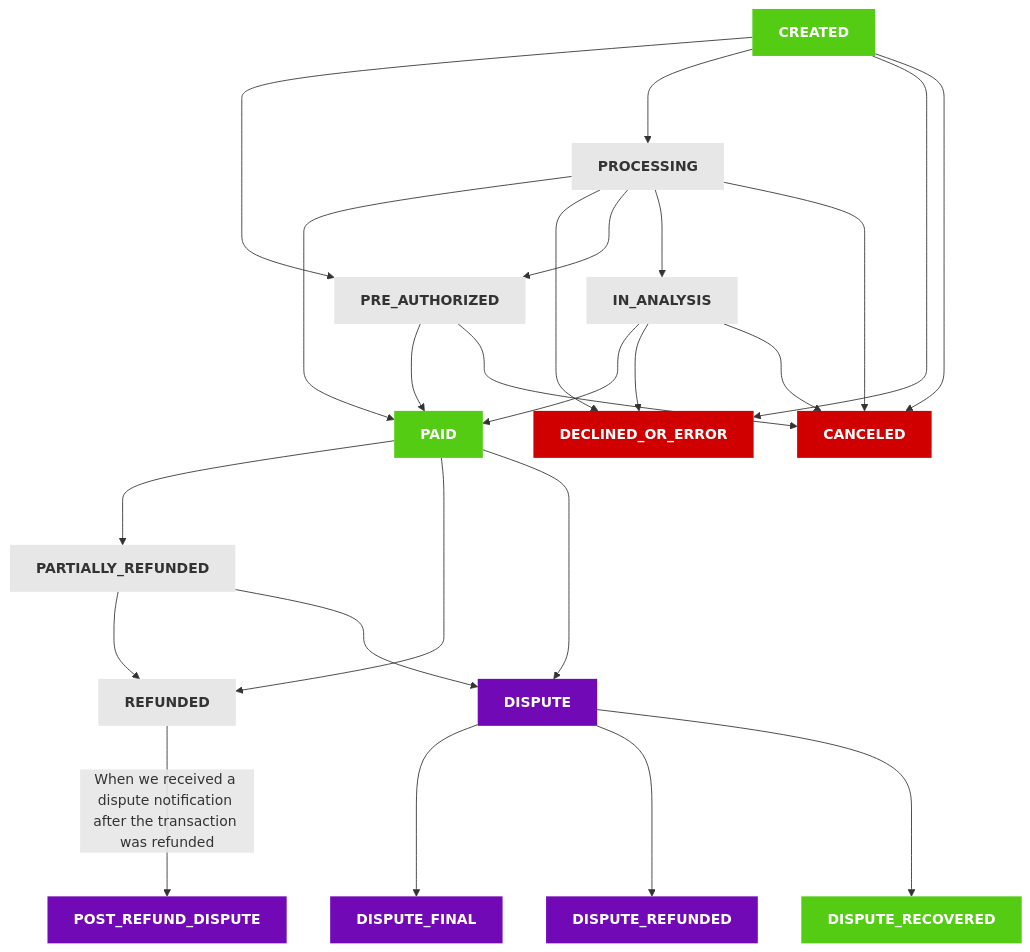
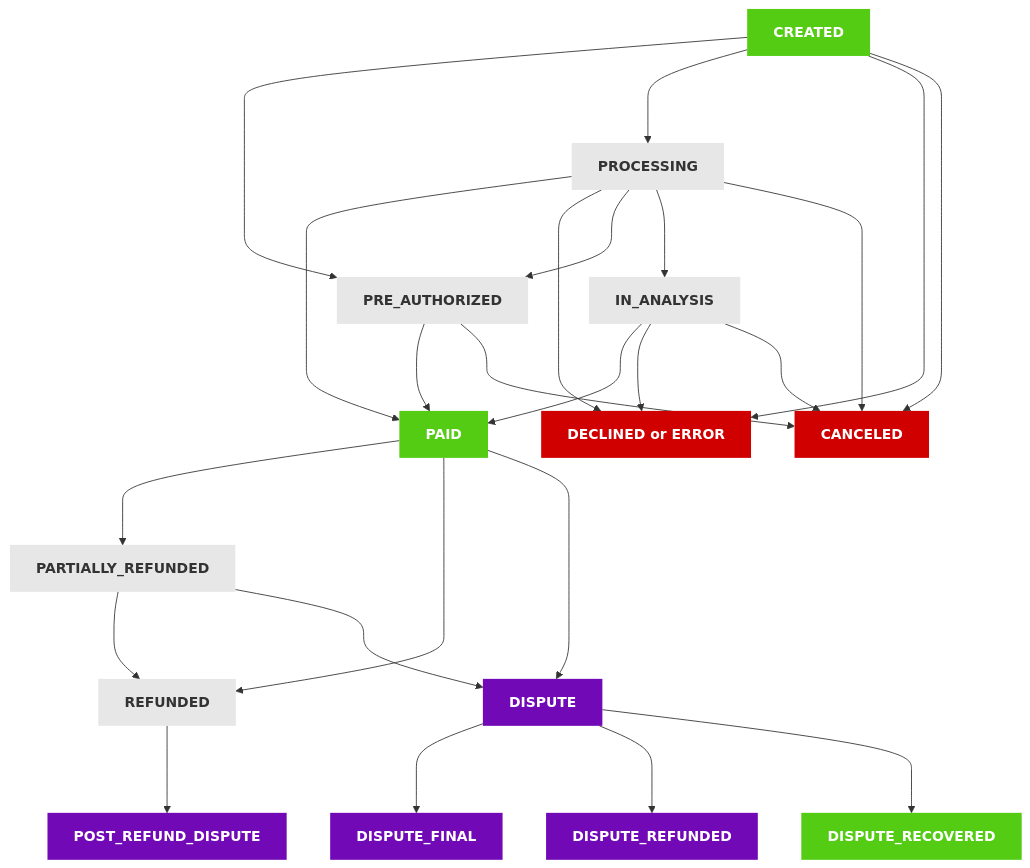
One commit to guilherme-schumann/development-documentation changed the diagram in docs/transaction-status-map.md. Above: the diagram before and after it, drawn with Mermaid. The commit also changed other lines of this file and 24 other files, not shown here.

````diff
--- a/docs/transaction-status-map.md
+++ b/docs/transaction-status-map.md
@@ -12,58 +10,57 @@
 ```mermaid
     graph TD;
     %% Define the main starting point
     CREATED ---> PRE_AUTHORIZED;
     CREATED ---> PROCESSING;
-    CREATED ---> DECLINED_OR_ERROR;
+    CREATED ---> DECLINED_OR_ERROR["DECLINED or ERROR"];
     CREATED ---> CANCELED;
 
     %% Processing Paths
     PROCESSING ---> PAID;
-    PROCESSING ---> DECLINED_OR_ERROR;
+    PROCESSING ---> DECLINED_OR_ERROR["DECLINED or ERROR"];
     PROCESSING ---> PRE_AUTHORIZED;
     PROCESSING ---> IN_ANALYSIS;
     PROCESSING ---> CANCELED;
 
     %% Pre Autorized Paths
     PRE_AUTHORIZED ---> PAID;
     PRE_AUTHORIZED ---> CANCELED;
 
     %% Analysis Paths
     IN_ANALYSIS ---> PAID;
-    IN_ANALYSIS ---> DECLINED_OR_ERROR;
+    IN_ANALYSIS ---> DECLINED_OR_ERROR["DECLINED or ERROR"];
     IN_ANALYSIS ---> CANCELED;
 
     %% Post-Payment Paths
     PAID ---> PARTIALLY_REFUNDED;
     PAID ---> REFUNDED;
     PAID ---> DISPUTE;
     
     %% Partially Refund Paths
     PARTIALLY_REFUNDED ---> REFUNDED;
     PARTIALLY_REFUNDED ---> DISPUTE;
     
     %% Refund Path
-    REFUNDED ---> |When we received a dispute notification after the transaction was refunded| POST_REFUND_DISPUTE;
+    REFUNDED ---> POST_REFUND_DISPUTE;
     
     %% Dispute Paths
     DISPUTE ---> DISPUTE_FINAL;
     DISPUTE ---> DISPUTE_REFUNDED;
     DISPUTE ---> DISPUTE_RECOVERED;
 
     %% Styling
     style CREATED fill:#54CC14, color:#fff, stroke:#000,stroke-width:0px,font-weight:600;
     style PROCESSING fill:#E7E7E7, color:#333, stroke:#000,stroke-width:0px, font-weight:600;
     style PRE_AUTHORIZED fill:#E7E7E7, color:#333, stroke:#000,stroke-width:0px, font-weight:600;
     style CANCELED fill:#d00000, color:#fff, stroke:#000,stroke-width:0px, font-weight:600;
     style DECLINED_OR_ERROR fill:#d00000, color:#fff, stroke:#000,stroke-width:0px, font-weight:600;
     style IN_ANALYSIS fill:#E7E7E7, color:#333, stroke:#000,stroke-width:0px, font-weight:600;
     style PAID fill:#54CC14, color:#fff, stroke:#000,stroke-width:0px, font-weight:600;
     style PARTIALLY_REFUNDED fill:#E7E7E7, color:#333, stroke:#000,stroke-width:0px, font-weight:600;
     style REFUNDED fill:#E7E7E7, color:#333, stroke:#000,stroke-width:0px, font-weight:600;
     style DISPUTE fill:#7209b7, color:#fff, stroke:#000,stroke-width:0px, font-weight:600;
     style DISPUTE_FINAL fill:#7209b7, color:#fff, stroke:#000,stroke-width:0px, font-weight:600;
     style DISPUTE_REFUNDED fill:#7209b7, color:#fff, stroke:#000,stroke-width:0px, font-weight:600;
     style DISPUTE_RECOVERED fill:#54CC14, color:#fff, stroke:#000,stroke-width:0px, font-weight:600;
     style POST_REFUND_DISPUTE fill:#7209b7, color:#fff, stroke:#000,stroke-width:0px, font-weight:600;
-
 ```
````
